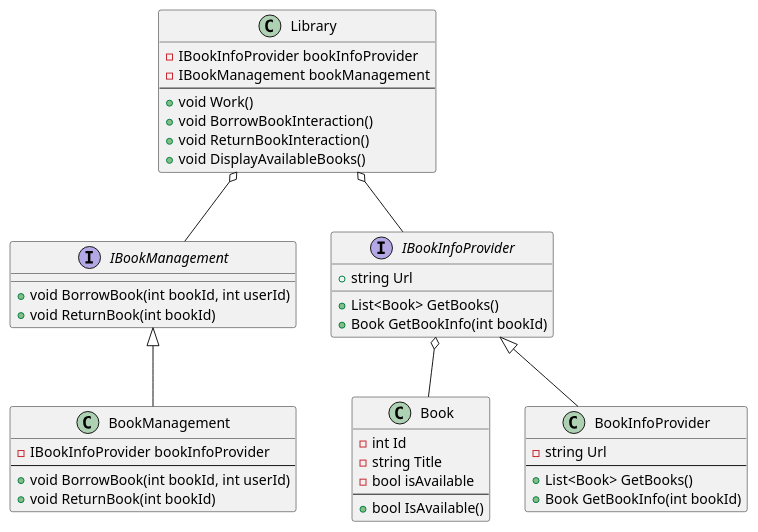
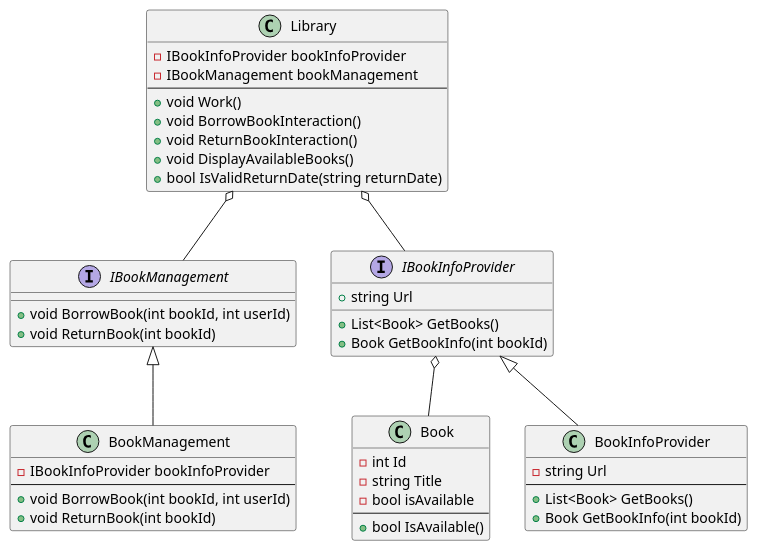
Before and after one commit to walidmehdadi/PRO2TS2425PE: the diagram in README.md, drawn with PlantUML.

````diff
--- a/README.md
+++ b/README.md
@@ -25,50 +25,51 @@
 ```plantuml
 class Book {
     - int Id
     - string Title
     - bool isAvailable
     --
     + bool IsAvailable()
 }
 
 interface IBookInfoProvider {
     + string Url
     + List<Book> GetBooks()
     + Book GetBookInfo(int bookId)
 }
 
 class BookInfoProvider {
     - string Url
     --
     + List<Book> GetBooks()
     + Book GetBookInfo(int bookId)
 }
 
 interface IBookManagement {
     + void BorrowBook(int bookId, int userId)
     + void ReturnBook(int bookId)
 }
 
 class BookManagement {
     - IBookInfoProvider bookInfoProvider
     --
     + void BorrowBook(int bookId, int userId)
     + void ReturnBook(int bookId)
 }
 
 class Library {
     - IBookInfoProvider bookInfoProvider
     - IBookManagement bookManagement
     --
     + void Work()
     + void BorrowBookInteraction()
     + void ReturnBookInteraction()
     + void DisplayAvailableBooks()
+    + bool IsValidReturnDate(string returnDate)
 }
 
 BookInfoProvider -up-|> IBookInfoProvider
 BookManagement -up-|> IBookManagement
 Library o-down- IBookInfoProvider
 Library o-down- IBookManagement
 IBookInfoProvider o-down- Book
 ```
````
